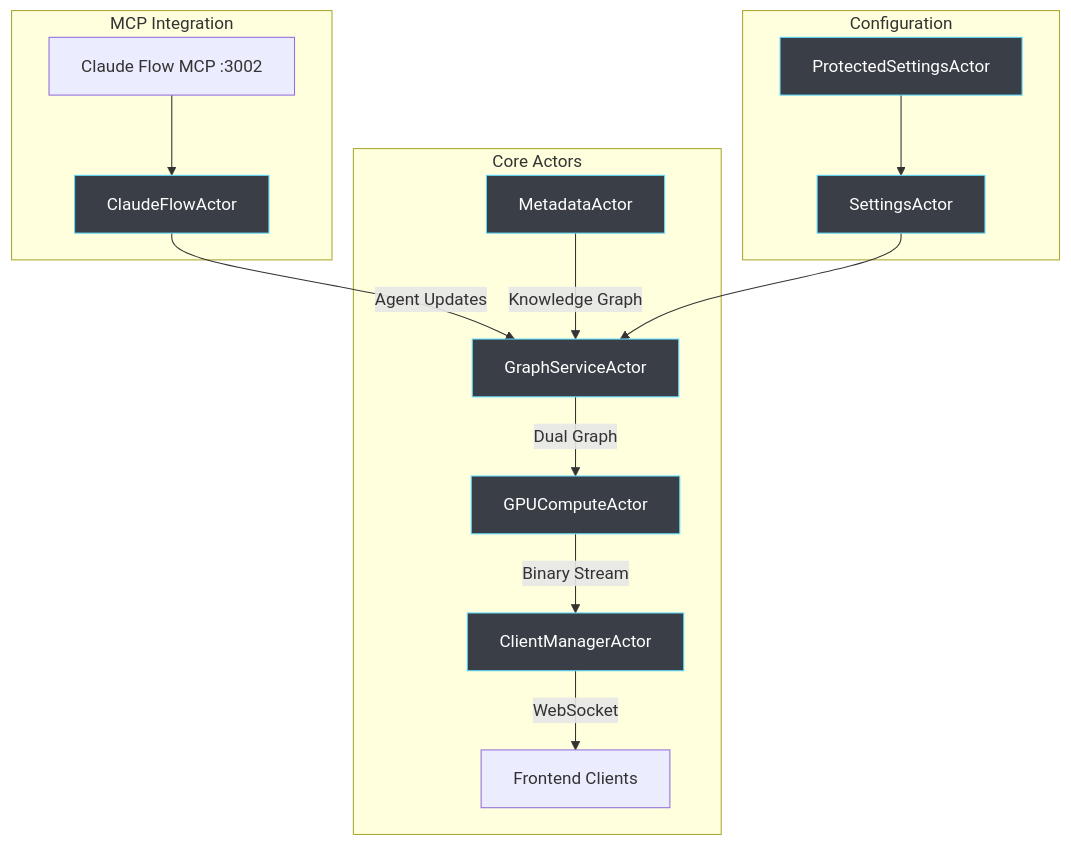
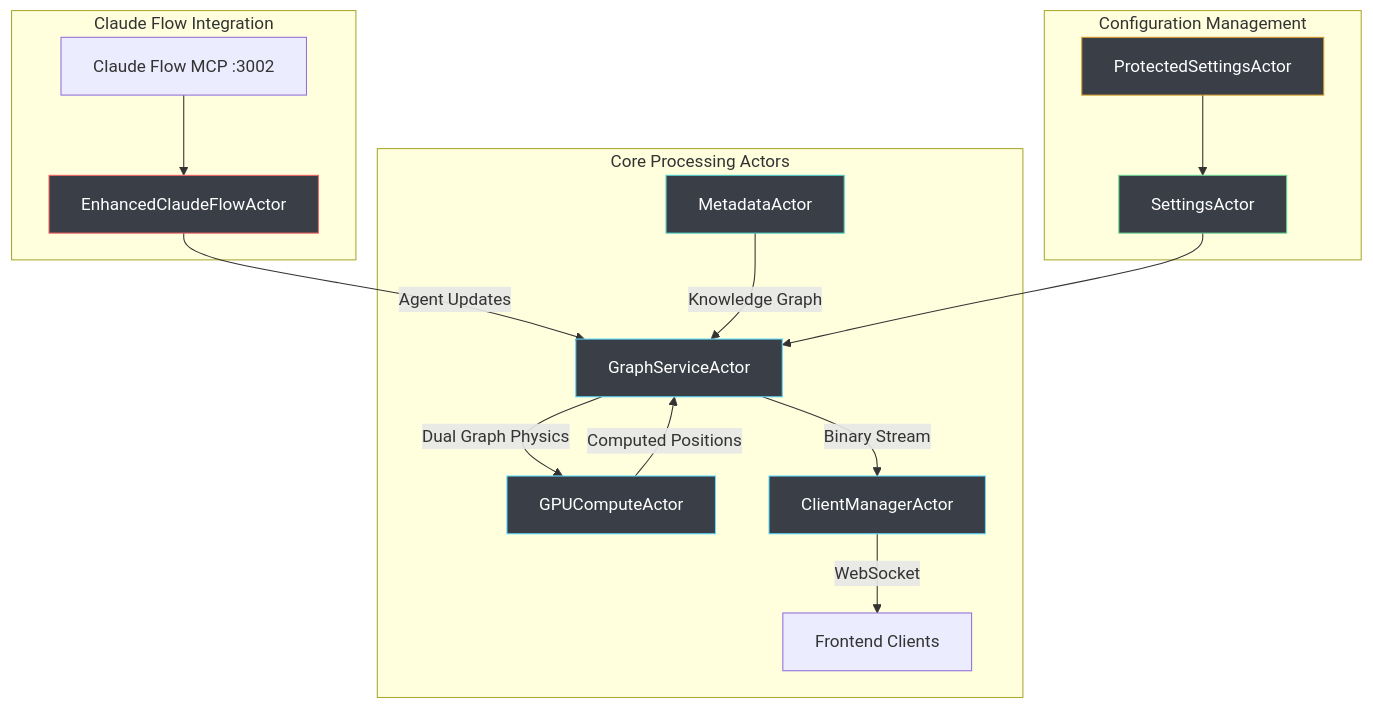
Before and after one commit to DreamLab-AI/VisionFlow: the first of 4 diagrams in docs/server/actors.md, drawn with Mermaid. The commit also changed other lines of this file and 22 other files, not shown here.

````diff
--- a/docs/server/actors.md
+++ b/docs/server/actors.md
@@ -11,27 +11,28 @@
 ```mermaid
 graph TB
-    subgraph "MCP Integration"
-        MCP[Claude Flow MCP :3002] --> CFA[ClaudeFlowActor]
+    subgraph "Claude Flow Integration"
+        MCP[Claude Flow MCP :3002] --> CFA[EnhancedClaudeFlowActor]
     end
     
-    subgraph "Core Actors"
-        CFA --> |Agent Updates| GS[GraphServiceActor]
-        MA[MetadataActor] --> |Knowledge Graph| GS
-        GS --> |Dual Graph| GPU[GPUComputeActor]
-        GPU --> |Binary Stream| CM[ClientManagerActor]
-        CM --> |WebSocket| WS[Frontend Clients]
+    subgraph "Core Processing Actors"
+        CFA --> |Agent Updates| GSA[GraphServiceActor]
+        MA[MetadataActor] --> |Knowledge Graph| GSA
+        GSA --> |Dual Graph Physics| GCA[GPUComputeActor]
+        GCA --> |Computed Positions| GSA
+        GSA --> |Binary Stream| CMA[ClientManagerActor]
+        CMA --> |WebSocket| WS[Frontend Clients]
     end
     
-    subgraph "Configuration"
-        SA[SettingsActor] --> GS
+    subgraph "Configuration Management"
+        SA[SettingsActor] --> GSA
         PSA[ProtectedSettingsActor] --> SA
     end
     
-    style CM fill:#3A3F47,stroke:#61DAFB,color:#FFFFFF
-    style GS fill:#3A3F47,stroke:#61DAFB,color:#FFFFFF
-    style GPU fill:#3A3F47,stroke:#61DAFB,color:#FFFFFF
-    style MA fill:#3A3F47,stroke:#61DAFB,color:#FFFFFF
-    style SA fill:#3A3F47,stroke:#61DAFB,color:#FFFFFF
-    style PSA fill:#3A3F47,stroke:#61DAFB,color:#FFFFFF
-    style CFA fill:#3A3F47,stroke:#61DAFB,color:#FFFFFF
+    style CMA fill:#3A3F47,stroke:#61DAFB,color:#FFFFFF
+    style GSA fill:#3A3F47,stroke:#61DAFB,color:#FFFFFF
+    style GCA fill:#3A3F47,stroke:#61DAFB,color:#FFFFFF
+    style CFA fill:#3A3F47,stroke:#F56565,color:#FFFFFF
+    style MA fill:#3A3F47,stroke:#4FD1C7,color:#FFFFFF
+    style SA fill:#3A3F47,stroke:#68D391,color:#FFFFFF
+    style PSA fill:#3A3F47,stroke:#D69E2E,color:#FFFFFF
 ```
````
